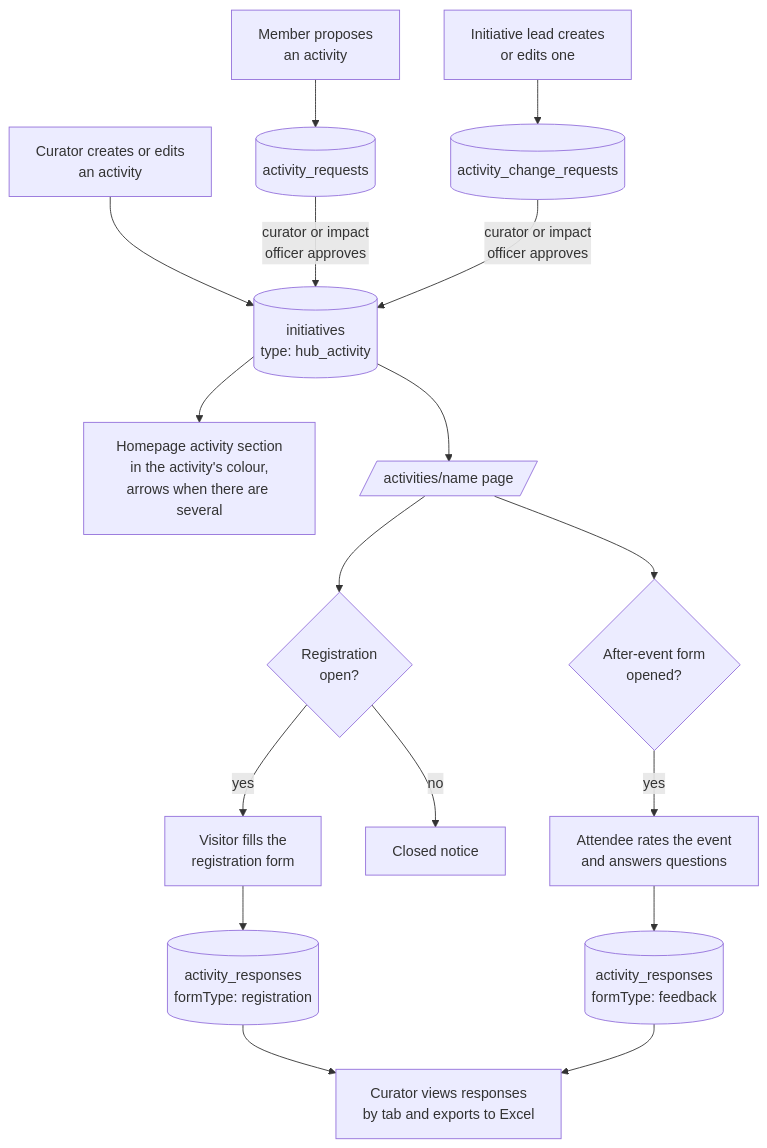
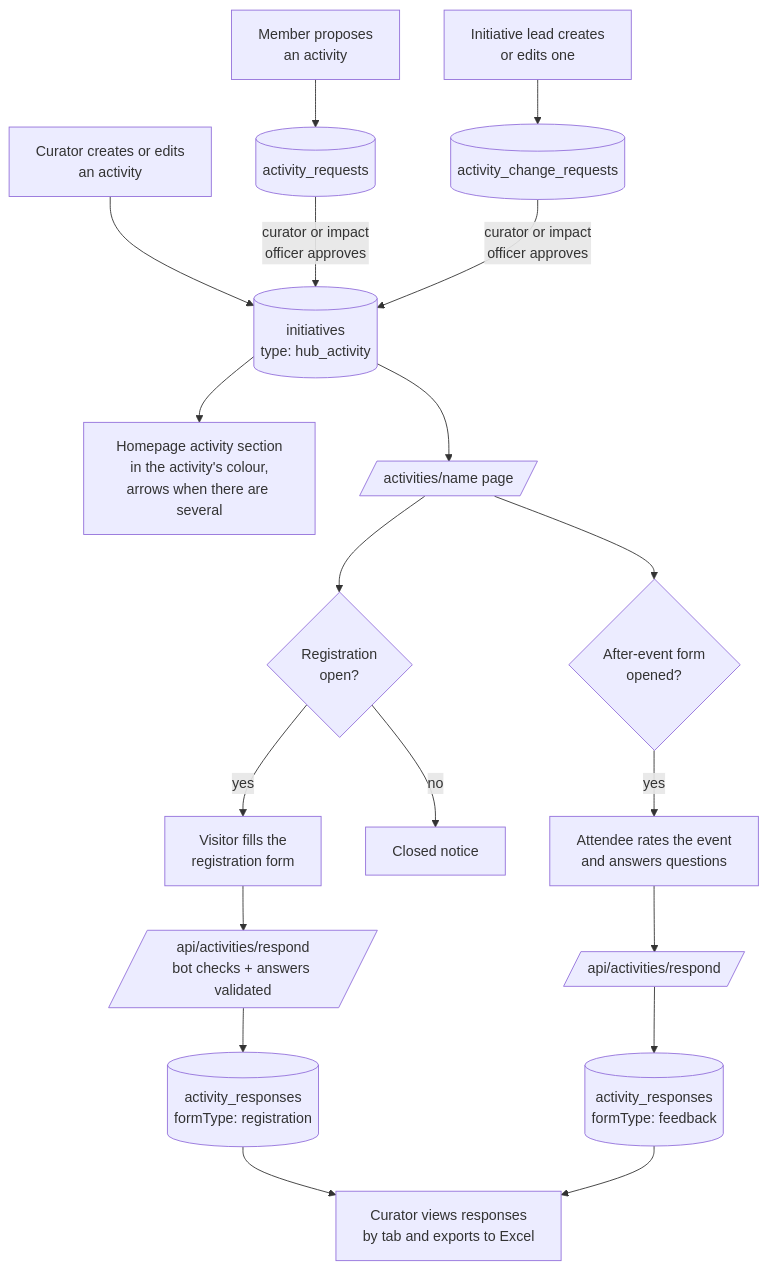
One commit to The-Dark-Ranger/Jeddah-Hub changed the fifth of 12 diagrams in docs/HOW-IT-WORKS.md. Above: the diagram before and after it, drawn with Mermaid. The commit also changed other lines of this file and 22 other files, not shown here.

````diff
--- a/docs/HOW-IT-WORKS.md
+++ b/docs/HOW-IT-WORKS.md
@@ -147,17 +156,17 @@
 ```mermaid
 flowchart TD
     C[Curator creates or edits<br/>an activity] --> I[(initiatives<br/>type: hub_activity)]
     M[Member proposes<br/>an activity] --> Q[(activity_requests)]
     Q -->|curator or impact<br/>officer approves| I
     L[Initiative lead creates<br/>or edits one] --> R[(activity_change_requests)]
     R -->|curator or impact<br/>officer approves| I
     I --> H[Homepage activity section<br/>in the activity's colour,<br/>arrows when there are several]
     I --> P[/activities/name page/]
     P --> F{Registration<br/>open?}
-    F -->|yes| V[Visitor fills the<br/>registration form] --> AR[(activity_responses<br/>formType: registration)]
+    F -->|yes| V[Visitor fills the<br/>registration form] --> API[/api/activities/respond<br/>bot checks + answers validated/] --> AR[(activity_responses<br/>formType: registration)]
     F -->|no| X[Closed notice]
     P --> FB{After-event form<br/>opened?}
-    FB -->|yes| FV[Attendee rates the event<br/>and answers questions] --> FR[(activity_responses<br/>formType: feedback)]
+    FB -->|yes| FV[Attendee rates the event<br/>and answers questions] --> API2[/api/activities/respond/] --> FR[(activity_responses<br/>formType: feedback)]
     AR --> E[Curator views responses<br/>by tab and exports to Excel]
     FR --> E
 ```
````
